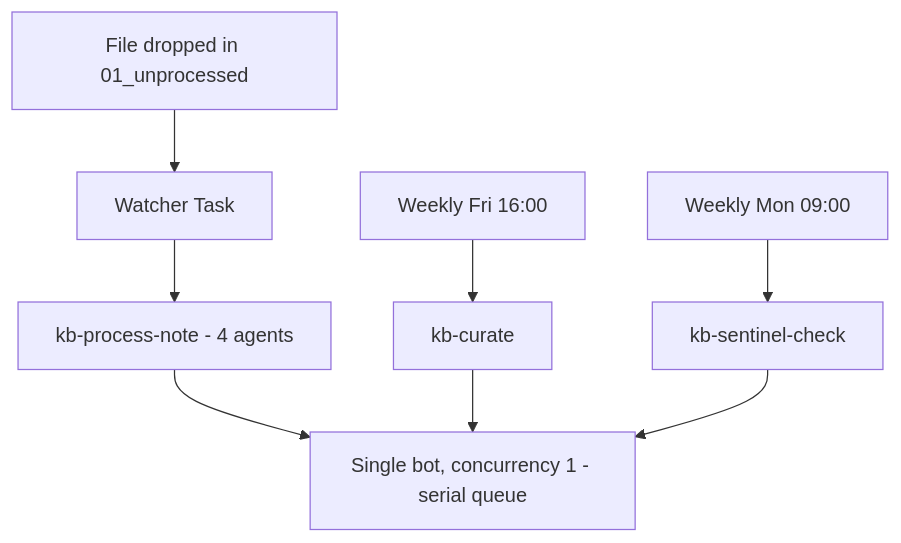
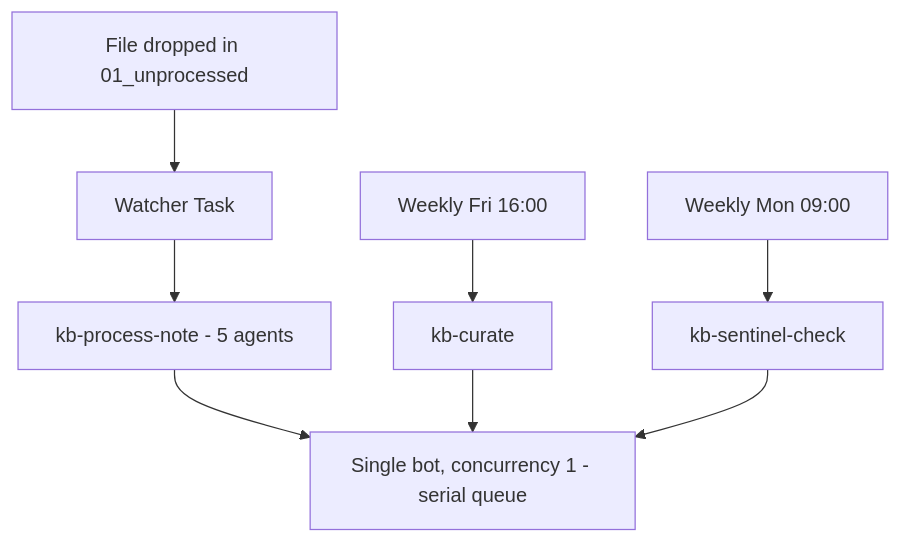
Before and after one commit to Hersh3yy/RAGgamuffin: the diagram in claw/playbook.md, drawn with Mermaid. The commit also changed other lines of this file and 22 other files, not shown here.

````diff
--- a/claw/playbook.md
+++ b/claw/playbook.md
@@ -318,10 +417,10 @@
 ```mermaid
 flowchart TD
     drop["File dropped in 01_unprocessed"] --> watcher["Watcher Task"]
-    watcher --> hot["kb-process-note - 4 agents"]
+    watcher --> hot["kb-process-note - 5 agents"]
     cronA["Weekly Fri 16:00"] --> curate["kb-curate"]
     cronB["Weekly Mon 09:00"] --> sentinel["kb-sentinel-check"]
     hot --> bot["Single bot, concurrency 1 - serial queue"]
     curate --> bot
     sentinel --> bot
 ```
````
